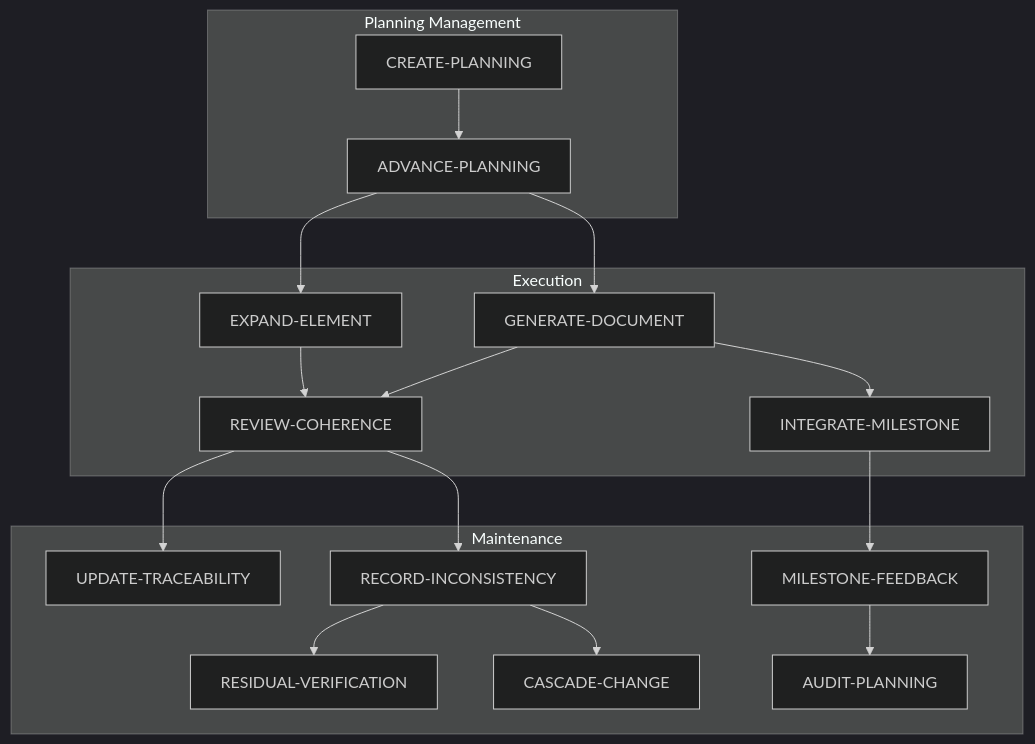
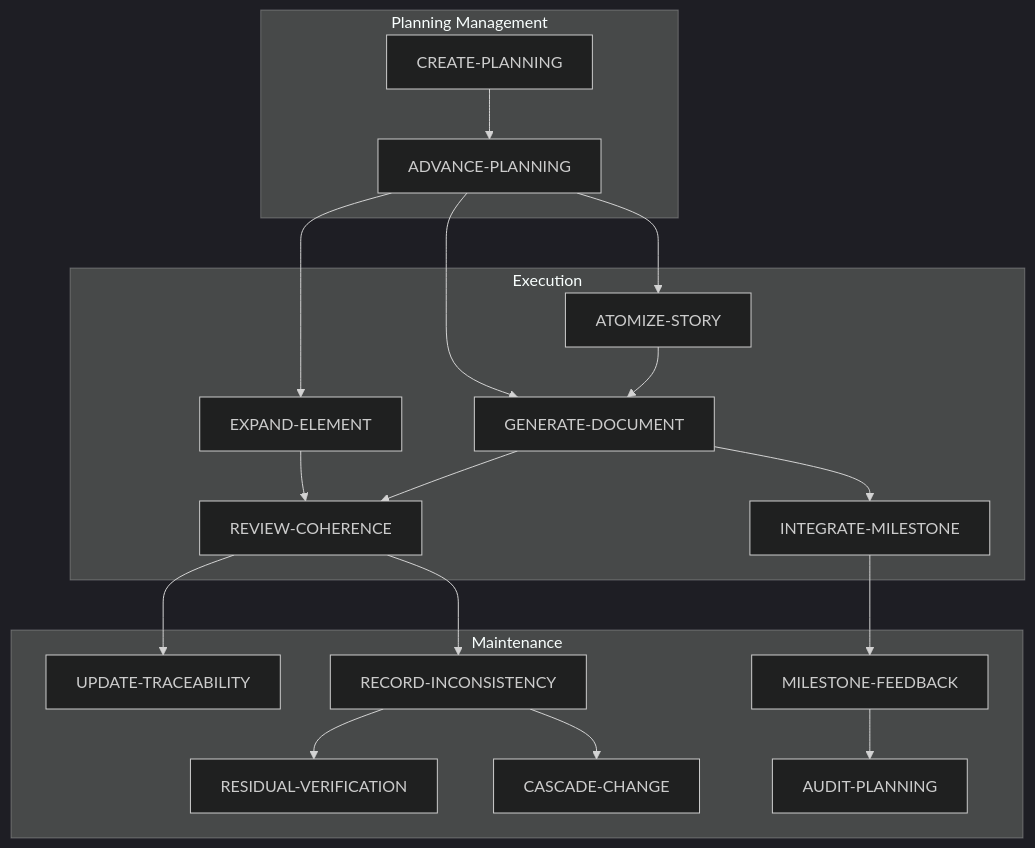
One commit to cmartinezs/grade-ops-ai changed the diagram in .planning/WORKFLOWS/README.md. Above: the diagram before and after it, drawn with Mermaid (dark theme). The commit also changed other lines of this file and 233 other files, not shown here.

````diff
--- a/.planning/WORKFLOWS/README.md
+++ b/.planning/WORKFLOWS/README.md
@@ -44,36 +46,39 @@
 ```mermaid
 flowchart TD
     subgraph Planning Management
         CP[CREATE-PLANNING]
         AP[ADVANCE-PLANNING]
     end
 
     subgraph Execution
+        AS[ATOMIZE-STORY]
         GD[GENERATE-DOCUMENT]
         RC[REVIEW-COHERENCE]
         EE[EXPAND-ELEMENT]
         IM[INTEGRATE-MILESTONE]
     end
 
     subgraph Maintenance
         UT[UPDATE-TRACEABILITY]
         RV[RESIDUAL-VERIFICATION]
         RI[RECORD-INCONSISTENCY]
         CC[CASCADE-CHANGE]
         MF[MILESTONE-FEEDBACK]
         AuP[AUDIT-PLANNING]
     end
 
     CP --> AP
+    AP --> AS
+    AS --> GD
     AP --> GD
     AP --> EE
     GD --> RC
     EE --> RC
     RC --> UT
     GD --> IM
     IM --> MF
     MF --> AuP
     RC --> RI
     RI --> RV
     RI --> CC
 ```
````
